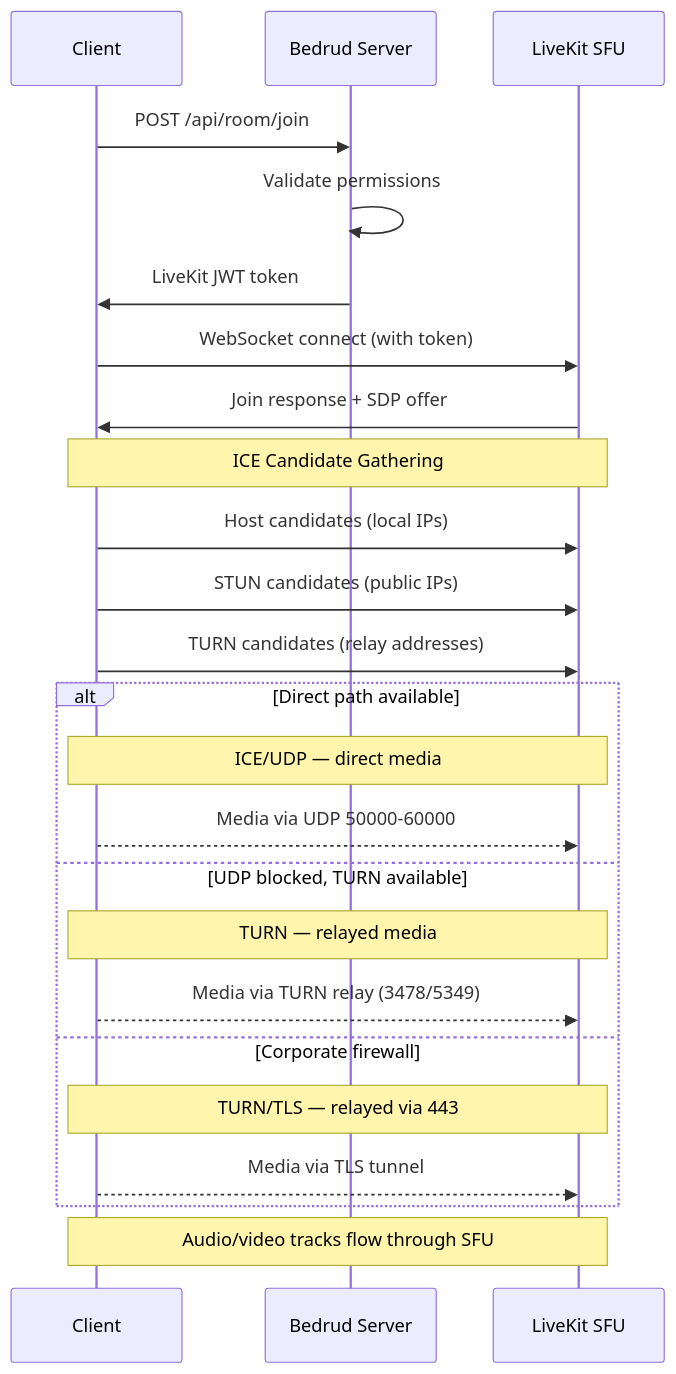
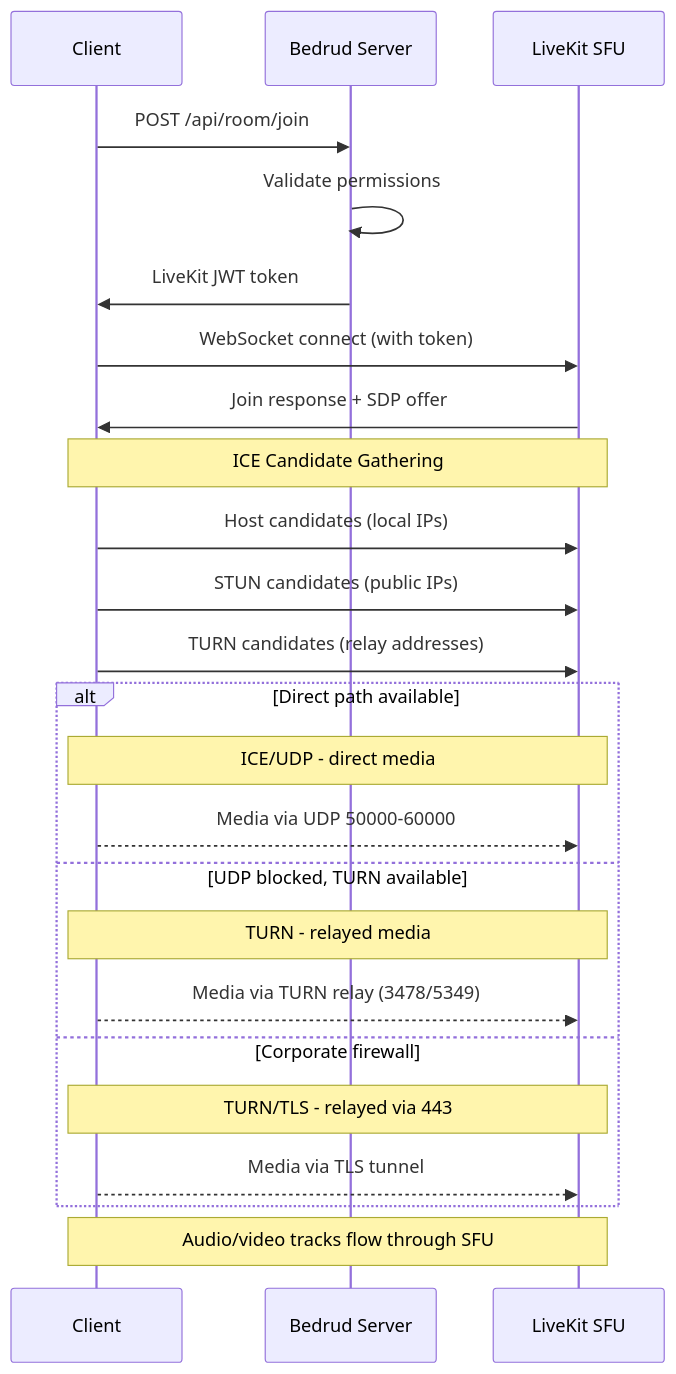
The first of 4 diagrams in src/content/docs/ar/architecture/webrtc-connectivity.mdx (bedrud-ir/bedrud-landing), drawn with Mermaid before and after one commit. The commit also changed other lines of this file and 275 other files, not shown here.

````diff
--- a/src/content/docs/ar/architecture/webrtc-connectivity.mdx
+++ b/src/content/docs/ar/architecture/webrtc-connectivity.mdx
@@ -15,31 +15,31 @@
 ```mermaid
 sequenceDiagram
     participant C as Client
     participant S as Bedrud Server
     participant LK as LiveKit SFU
 
     C->>S: POST /api/room/join
     S->>S: Validate permissions
     S->>C: LiveKit JWT token
 
     C->>LK: WebSocket connect (with token)
     LK->>C: Join response + SDP offer
 
     Note over C,LK: ICE Candidate Gathering
     C->>LK: Host candidates (local IPs)
     C->>LK: STUN candidates (public IPs)
     C->>LK: TURN candidates (relay addresses)
 
     alt Direct path available
-        Note over C,LK: ICE/UDP — direct media
+        Note over C,LK: ICE/UDP - direct media
         C-->>LK: Media via UDP 50000-60000
     else UDP blocked, TURN available
-        Note over C,LK: TURN — relayed media
+        Note over C,LK: TURN - relayed media
         C-->>LK: Media via TURN relay (3478/5349)
     else Corporate firewall
-        Note over C,LK: TURN/TLS — relayed via 443
+        Note over C,LK: TURN/TLS - relayed via 443
         C-->>LK: Media via TLS tunnel
     end
 
     Note over C,LK: Audio/video tracks flow through SFU
 ```
````
